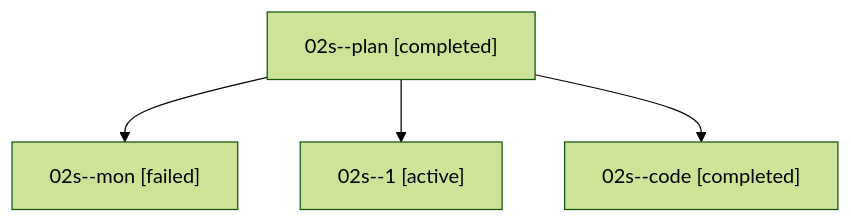
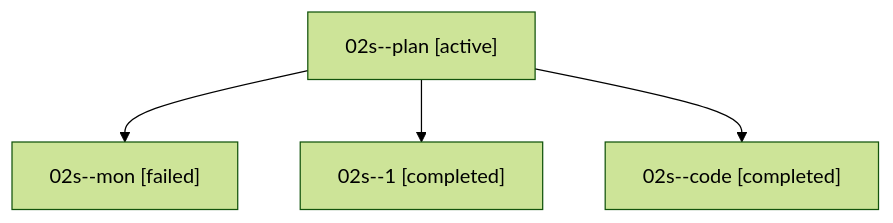
The diagram in families/bbugyi200.athena.02s.md (sase-org/sase--agents), drawn with Mermaid (forest theme) before and after one commit. The commit also changed other lines of this file and 35830 other files, not shown here.

````diff
--- a/families/bbugyi200.athena.02s.md
+++ b/families/bbugyi200.athena.02s.md
@@ -9,10 +9,10 @@
 ```mermaid
 flowchart TD
-  n0["02s--plan [completed]"]
+  n0["02s--plan [active]"]
   n1["02s--mon [failed]"]
   n0 --> n1
-  n2["02s--1 [active]"]
+  n2["02s--1 [completed]"]
   n0 --> n2
   n3["02s--code [completed]"]
   n0 --> n3
 ```
````
